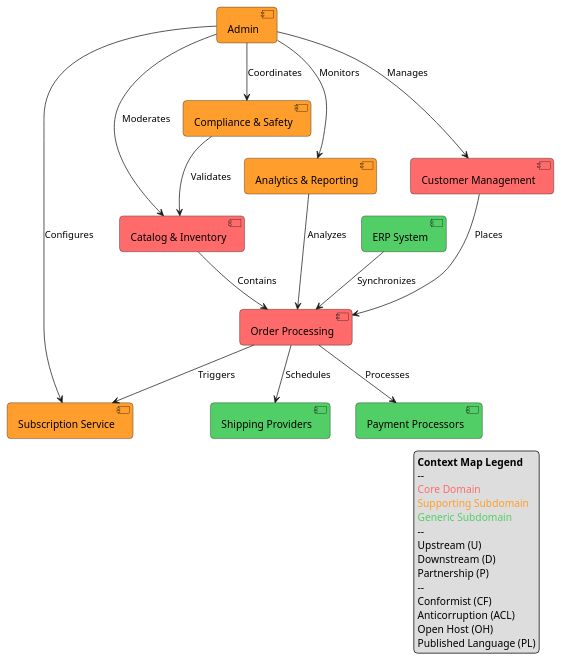
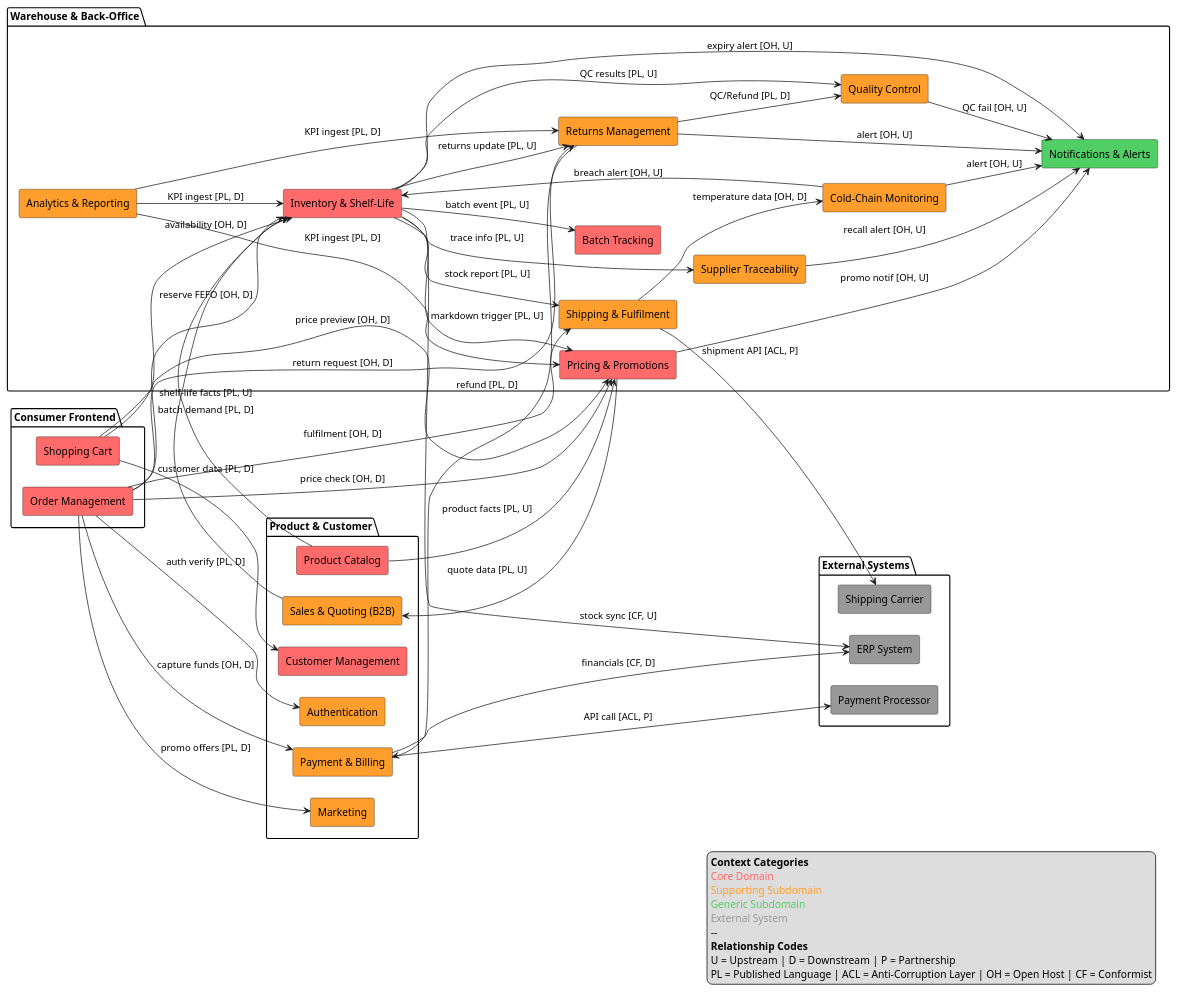
One commit to chris00walker/domain-model changed the diagram in DDD_Artefacts/docs/diagrams/context_map.puml. Above: the diagram before and after it, drawn with PlantUML.

Commit message:
docs: update context map with detailed relationships and patterns
- Reorganized context map with clear grouping and relationships\n- Added detailed relationship types (U/D/P) and patterns (PL/ACL/OH/CF)\n- Improved visualization with better layout and color coding

```diff
--- a/DDD_Artefacts/docs/diagrams/context_map.puml
+++ b/DDD_Artefacts/docs/diagrams/context_map.puml
@@ -1,59 +1,103 @@
 @startuml EFI Context Map
-top to bottom direction
-skinparam componentStyle uml2
+left to right direction
+skinparam componentStyle rectangle
+skinparam ranksep 40
+skinparam nodesep 30
 skinparam defaultFontName Arial
-skinparam roundcorner 10
 skinparam shadowing false
 
-' Core Domains
-component "Customer Management" as CustomerMgmt #ff6b6b
-component "Catalog & Inventory" as Catalog #ff6b6b
-component "Order Processing" as Order #ff6b6b
+' Context Groups
+package "Consumer Frontend" {
+  [Order Management] as Order #ff6b6b
+  [Shopping Cart]   as ShoppingCart #ff6b6b
+}
 
-' Supporting Subdomains
-component "Admin" as Admin #ff9e2c
-component "Subscription Service" as Subscription #ff9e2c
-component "Compliance & Safety" as Compliance #ff9e2c
-component "Analytics & Reporting" as Analytics #ff9e2c
+package "Product & Customer" {
+  [Product Catalog]      as Catalog #ff6b6b
+  [Customer Management]  as CustomerManagement #ff6b6b
+  [Payment & Billing]    as Payment #ff9e2c
+  [Sales & Quoting (B2B)] as SalesQuoting #ff9e2c
+  [Marketing]            as Marketing #ff9e2c
+  [Authentication]       as Auth #ff9e2c
+}
 
-' Generic Subdomains
-component "Payment Processors" as Payment #51cf66
-component "Shipping Providers" as Shipping #51cf66
-component "ERP System" as ERP #51cf66
+package "Warehouse & Back-Office" {
+  [Inventory & Shelf-Life] as Inventory #ff6b6b
+  [Batch Tracking]         as Batch #ff6b6b
+  [Shipping & Fulfilment]  as Shipping #ff9e2c
+  [Cold-Chain Monitoring]  as ColdChain #ff9e2c
+  [Pricing & Promotions]   as Pricing #ff6b6b
+  [Notifications & Alerts] as Notifications #51cf66
+  [Supplier Traceability]  as SupplierTraceability #ff9e2c
+  [Quality Control]        as QualityControl #ff9e2c
+  [Analytics & Reporting]  as Analytics #ff9e2c
+  [Returns Management]     as Returns #ff9e2c
+}
+
+package "External Systems" {
+  [Payment Processor]  as ExtPayment #999999
+  [Shipping Carrier]   as ExtCarrier #999999
+  [ERP System]         as ERP #999999
+}
 
 ' Relationships
-CustomerMgmt --> Order : Places
-Catalog --> Order : Contains
-Order --> Subscription : Triggers
-Order --> Payment : Processes
-Order --> Shipping : Schedules
-Compliance --> Catalog : Validates
-Analytics --> Order : Analyzes
-ERP --> Order : Synchronizes
+Order --> Inventory       : "reserve FEFO [OH, D]"
+Order --> Pricing         : "price check [OH, D]"
+Order --> Payment         : "capture funds [OH, D]"
+Order --> Shipping        : "fulfilment [OH, D]"
+Order --> Returns         : "return request [OH, D]"
+Order --> Auth            : "auth verify [PL, D]"
+Order --> Marketing       : "promo offers [PL, D]"
 
-' Admin Relationships
-Admin --> CustomerMgmt : Manages
-Admin --> Catalog : Moderates
-Admin --> Compliance : Coordinates
-Admin --> Subscription : Configures
-Admin --> Analytics : Monitors
+ShoppingCart --> Inventory          : "availability [OH, D]"
+ShoppingCart --> Pricing            : "price preview [OH, D]"
+ShoppingCart --> CustomerManagement : "customer data [PL, D]"
+
+Catalog --> Inventory : "shelf-life facts [PL, U]"
+Catalog --> Pricing   : "product facts [PL, U]"
+
+Inventory --> Batch                : "batch event [PL, U]"
+Inventory --> Shipping             : "stock report [PL, U]"
+Inventory --> Notifications        : "expiry alert [OH, U]"
+Inventory --> Pricing              : "markdown trigger [PL, U]"
+Inventory --> SupplierTraceability : "trace info [PL, U]"
+Inventory --> QualityControl       : "QC results [PL, U]"
+Inventory --> Returns              : "returns update [PL, U]"
+Inventory --> ERP                  : "stock sync [CF, U]"
+
+Shipping --> ColdChain : "temperature data [OH, D]"
+ColdChain --> Inventory : "breach alert [OH, U]"
+ColdChain --> Notifications : "alert [OH, U]"
+
+Pricing --> Notifications : "promo notif [OH, U]"
+Pricing --> SalesQuoting  : "quote data [PL, U]"
+SalesQuoting --> Inventory : "batch demand [PL, D]"
+
+SupplierTraceability --> Notifications : "recall alert [OH, U]"
+QualityControl --> Notifications       : "QC fail [OH, U]"
+Returns --> QualityControl             : "QC/Refund [PL, D]"
+Returns --> Payment                    : "refund [PL, D]"
+Returns --> Notifications              : "alert [OH, U]"
+
+Payment --> ExtPayment      : "API call [ACL, P]"
+Shipping --> ExtCarrier     : "shipment API [ACL, P]"
+Payment --> ERP             : "financials [CF, D]"
+
+Analytics --> Pricing    : "KPI ingest [PL, D]"
+Analytics --> Inventory  : "KPI ingest [PL, D]"
+Analytics --> Returns    : "KPI ingest [PL, D]"
 
 ' Legend
 legend right
-  <b>Context Map Legend</b>
-  --
-  <color:#ff6b6b>Core Domain</color>
-  <color:#ff9e2c>Supporting Subdomain</color>
-  <color:#51cf66>Generic Subdomain</color>
-  --
-  Upstream (U)
-  Downstream (D)
-  Partnership (P)
-  --
-  Conformist (CF)
-  Anticorruption (ACL)
-  Open Host (OH)
-  Published Language (PL)
-end legend
+<b>Context Categories</b>
+<color:#ff6b6b>Core Domain</color>
+<color:#ff9e2c>Supporting Subdomain</color>
+<color:#51cf66>Generic Subdomain</color>
+<color:#999999>External System</color>
+--
+<b>Relationship Codes</b>
+U = Upstream  | D = Downstream | P = Partnership
+PL = Published Language | ACL = Anti-Corruption Layer | OH = Open Host | CF = Conformist
+endlegend
 
 @enduml
```
